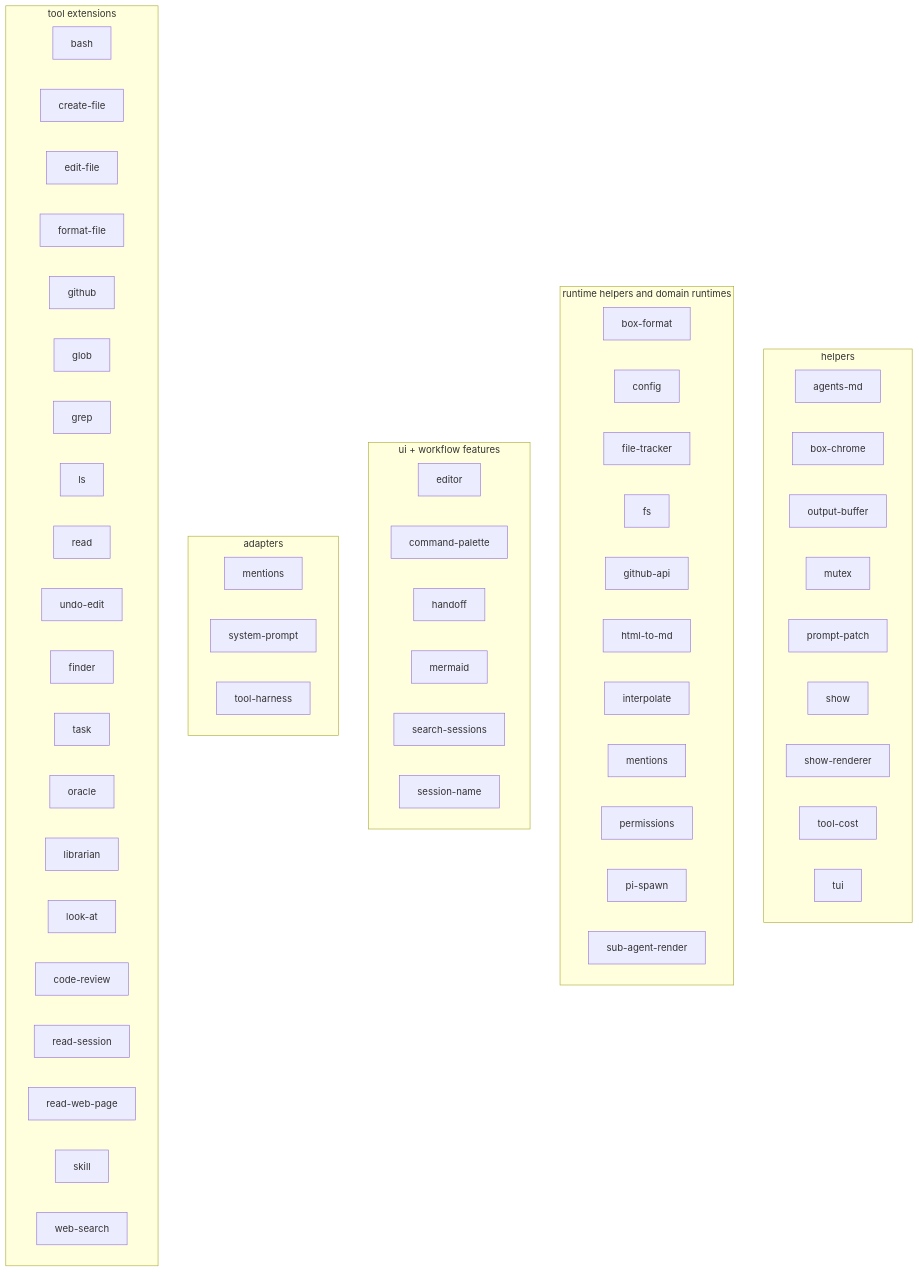
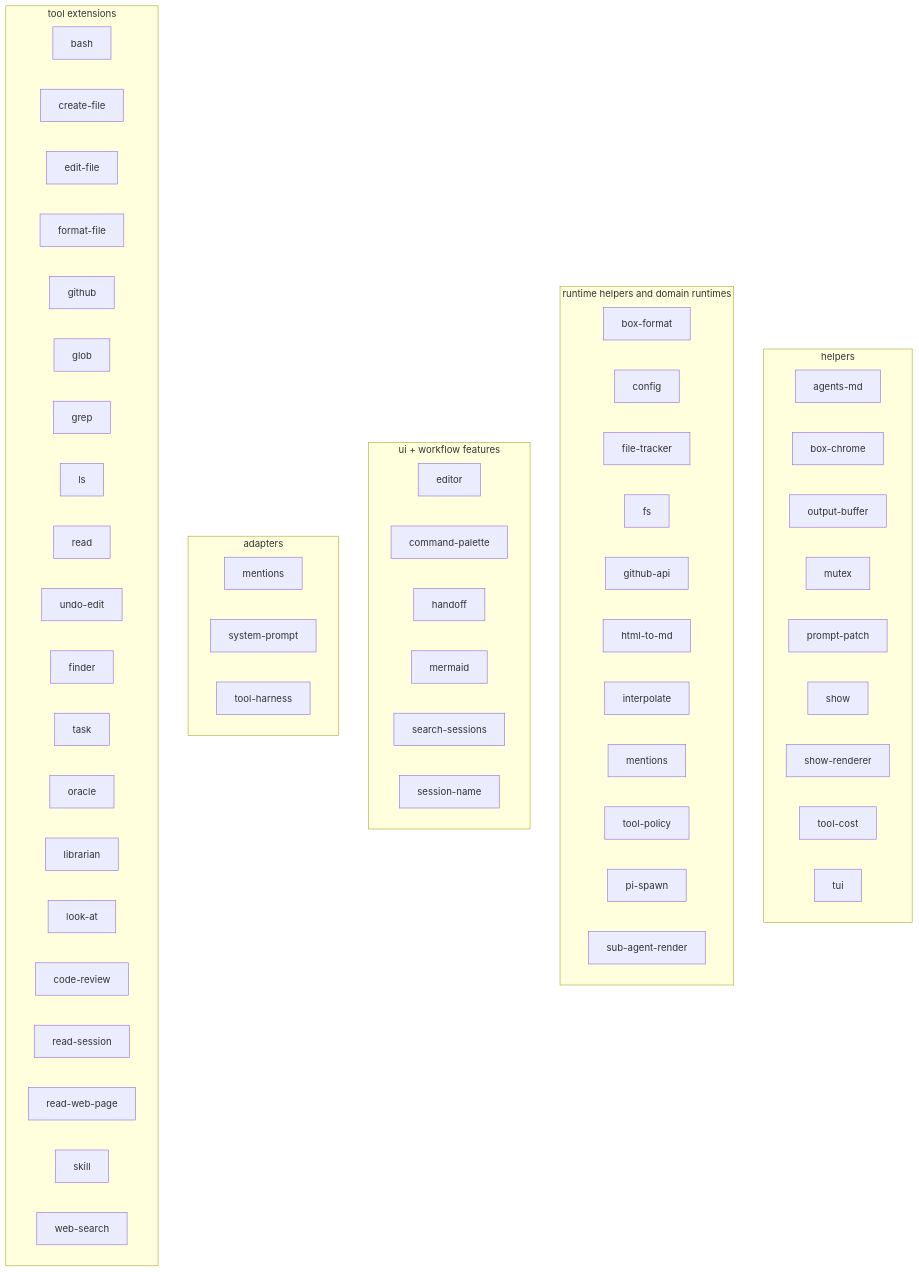
Before and after one commit to bdsqqq/dots: the first of 8 diagrams in user/pi/PACKAGE-GRAPH.md, drawn with Mermaid. The commit also changed other lines of this file and 24 other files, not shown here.

Commit message:
feat(pi): permissions -> tool policy

````diff
--- a/user/pi/PACKAGE-GRAPH.md
+++ b/user/pi/PACKAGE-GRAPH.md
@@ -81,66 +81,66 @@
 ```mermaid
 flowchart TB
   subgraph helpers[helpers]
     agents[agents-md]
     boxchrome[box-chrome]
     outbuf[output-buffer]
     mutex[mutex]
     patch[prompt-patch]
     show[show]
     showr[show-renderer]
     cost[tool-cost]
     tui[tui]
   end
 
   subgraph runtimes[runtime helpers and domain runtimes]
     boxfmt[box-format]
     cfg[config]
     track[file-tracker]
     fscore[fs]
     ghapi[github-api]
     html[html-to-md]
     interp[interpolate]
     mentionscore[mentions]
-    perms[permissions]
+    perms[tool-policy]
     spawn[pi-spawn]
     sar[sub-agent-render]
   end
 
   subgraph uiandfeatures[ui + workflow features]
     editor[editor]
     palette[command-palette]
     handoff[handoff]
     mermaid[mermaid]
     sessions[search-sessions]
     sname[session-name]
   end
 
   subgraph adapters[adapters]
     mentionsx[mentions]
     sysp[system-prompt]
     harness[tool-harness]
   end
 
   subgraph tools[tool extensions]
     bash[bash]
     create[create-file]
     edit[edit-file]
     format[format-file]
     gh[github]
     glob[glob]
     grep[grep]
     ls[ls]
     read[read]
     undo[undo-edit]
     finder[finder]
     task[task]
     oracle[oracle]
     librarian[librarian]
     look[look-at]
     review[code-review]
     rsession[read-session]
     rweb[read-web-page]
     skill[skill]
     wsearch[web-search]
   end
 ```
````
